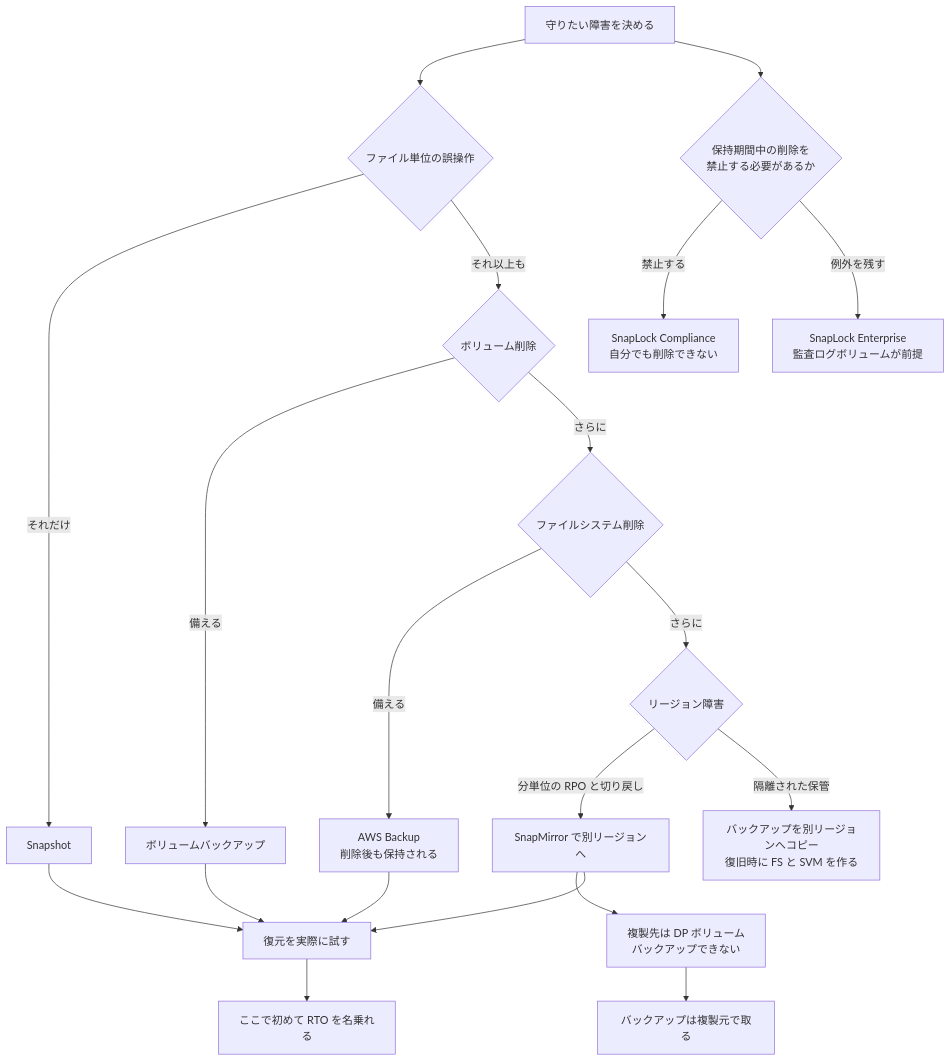
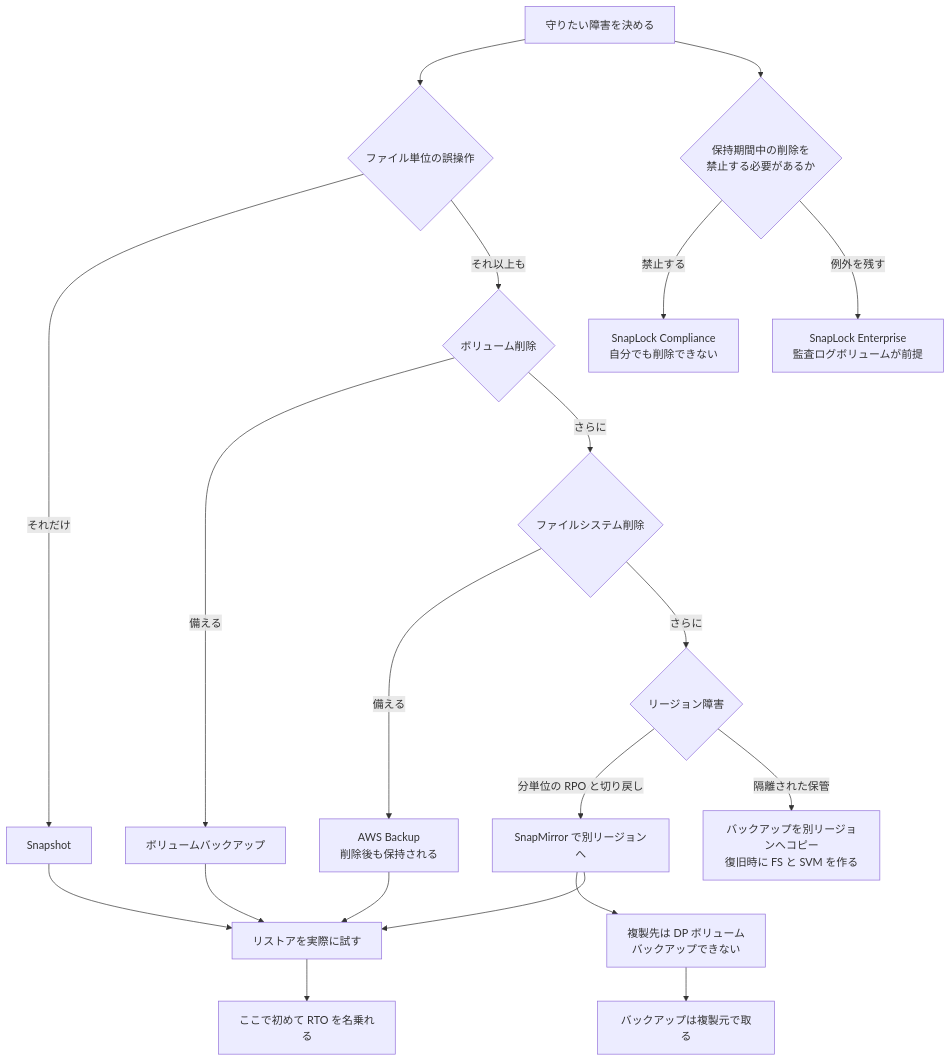
One commit to Yoshiki0705/FSx-for-ONTAP-Adoption-Playbook changed the diagram in docs/ja/reference/comparison/data-protection-methods.md. Above: the diagram before and after it, drawn with Mermaid. The commit also changed other lines of this file and 2 other files, not shown here.

````diff
--- a/docs/ja/reference/comparison/data-protection-methods.md
+++ b/docs/ja/reference/comparison/data-protection-methods.md
@@ -92,25 +114,25 @@
 ```mermaid
 graph TD
     A[守りたい障害を決める] --> F{ファイル単位の誤操作}
     F -->|それだけ| S[Snapshot]
     F -->|それ以上も| V{ボリューム削除}
     V -->|備える| B[ボリュームバックアップ]
     V -->|さらに| FS{ファイルシステム削除}
     FS -->|備える| AB["AWS Backup<br/>削除後も保持される"]
     FS -->|さらに| R{リージョン障害}
     R -->|分単位の RPO と切り戻し| SM[SnapMirror で別リージョンへ]
     R -->|隔離された保管| BC["バックアップを別リージョンへコピー<br/>復旧時に FS と SVM を作る"]
 
     SM --> DP["複製先は DP ボリューム<br/>バックアップできない"]
     DP --> SRC["バックアップは複製元で取る"]
 
     A --> W{保持期間中の削除を<br/>禁止する必要があるか}
     W -->|禁止する| C["SnapLock Compliance<br/>自分でも削除できない"]
     W -->|例外を残す| E["SnapLock Enterprise<br/>監査ログボリュームが前提"]
 
-    S --> T[復元を実際に試す]
+    S --> T[リストアを実際に試す]
     B --> T
     AB --> T
     SM --> T
     T --> RTO["ここで初めて RTO を名乗れる"]
 ```
````
